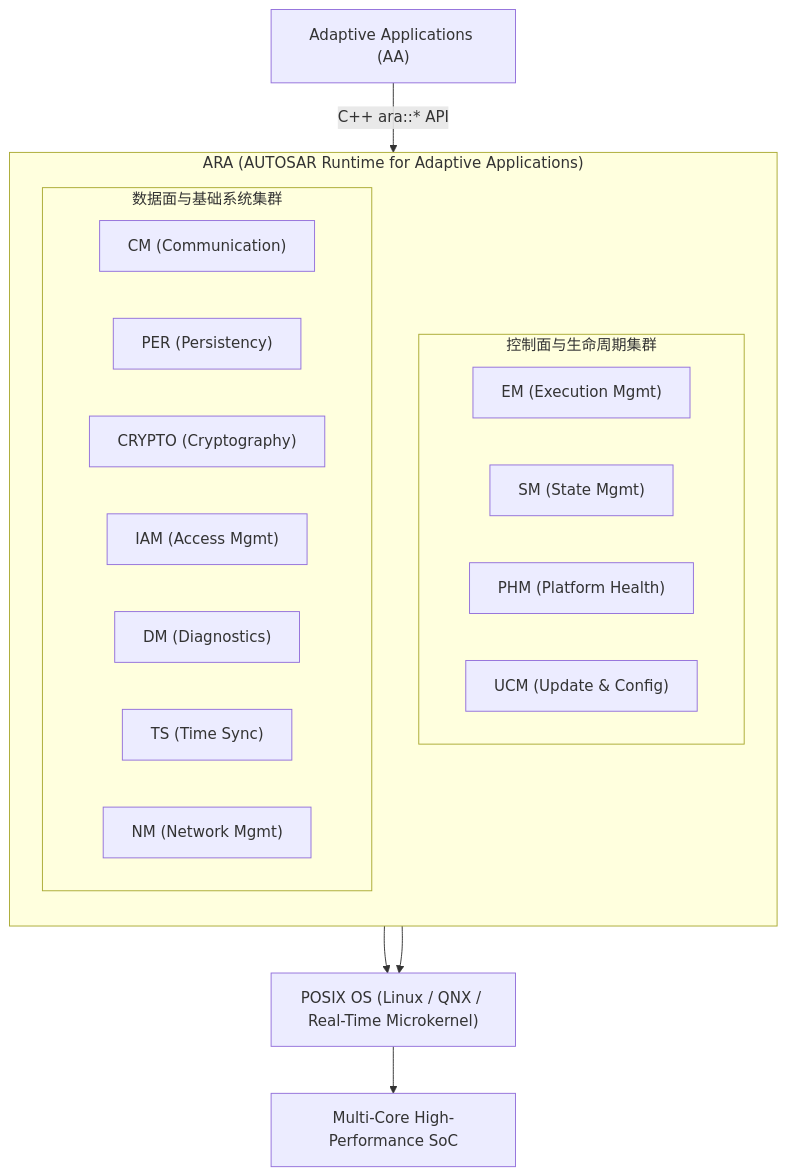
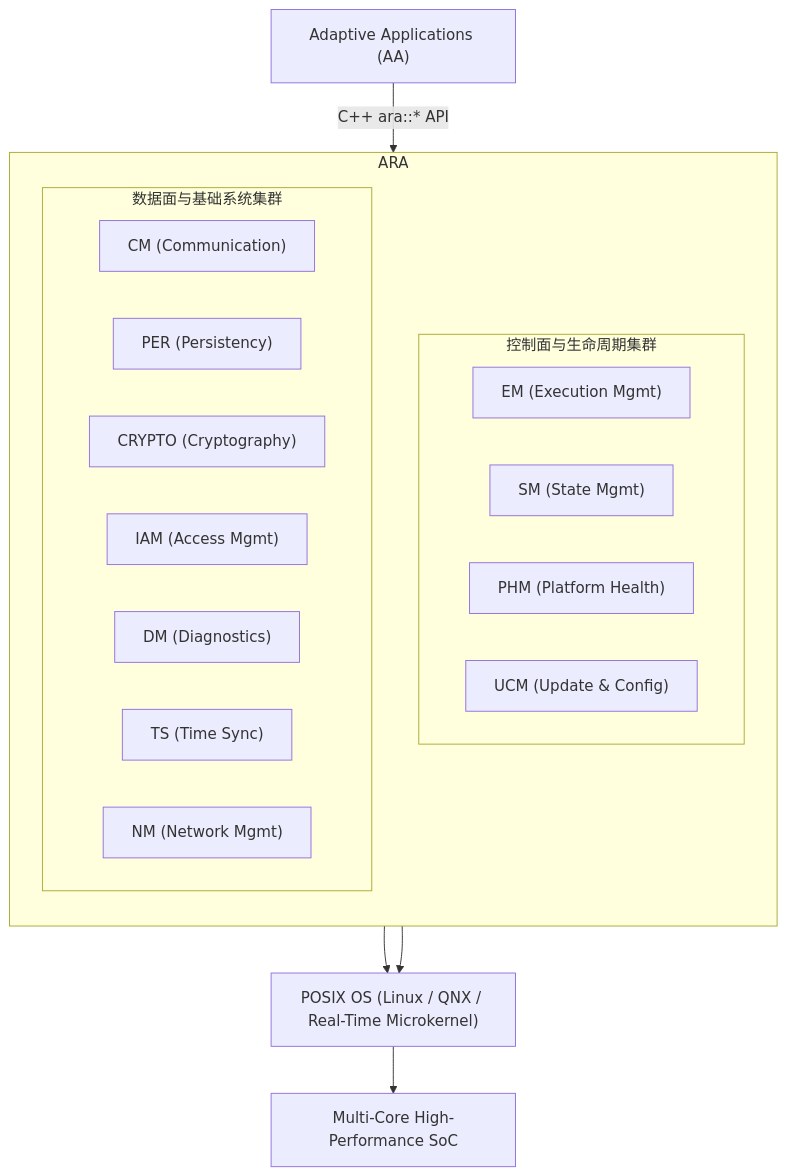
The first of 9 diagrams in content/autosar/autosar-adaptive.md (leehyon/garden), drawn with Mermaid before and after one commit. The commit also changed other lines of this file and 1 other file, not shown here.

Commit message:
feat: add vector comparison image for AUTOSAR documentation

````diff
--- a/content/autosar/autosar-adaptive.md
+++ b/content/autosar/autosar-adaptive.md
@@ -56,32 +39,32 @@
 ```mermaid
 flowchart TB
     AA["Adaptive Applications (AA)"]
     
-    subgraph ARA["ARA (AUTOSAR Runtime for Adaptive Applications)"]
+    subgraph ARA["ARA"]
         direction TB
         subgraph ControlPlane["控制面与生命周期集群"]
             EM["EM (Execution Mgmt)"]
             SM["SM (State Mgmt)"]
             PHM["PHM (Platform Health)"]
             UCM["UCM (Update & Config)"]
         end
 
         subgraph ServicePlane["数据面与基础系统集群"]
             CM["CM (Communication)"]
             PER["PER (Persistency)"]
             CRYPTO["CRYPTO (Cryptography)"]
             IAM["IAM (Access Mgmt)"]
             DM["DM (Diagnostics)"]
             TS["TS (Time Sync)"]
             NM["NM (Network Mgmt)"]
         end
     end
 
     OS["POSIX OS (Linux / QNX / Real-Time Microkernel)"]
     HW["Multi-Core High-Performance SoC"]
 
     AA -->|C++ ara::* API| ARA
     ControlPlane --> OS
     ServicePlane --> OS
     OS --> HW
 ```
````
